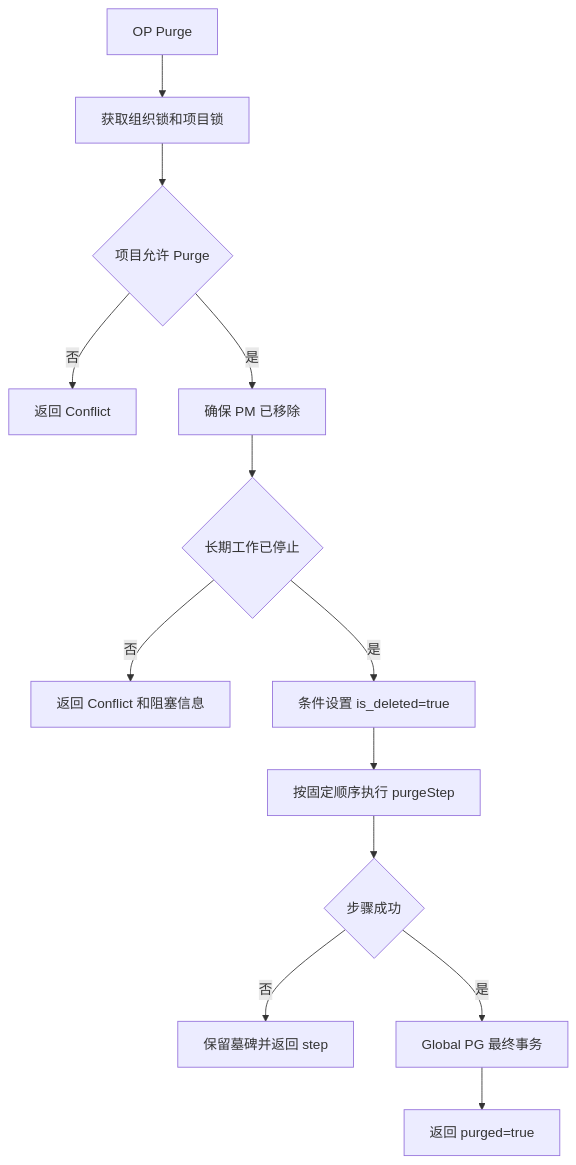
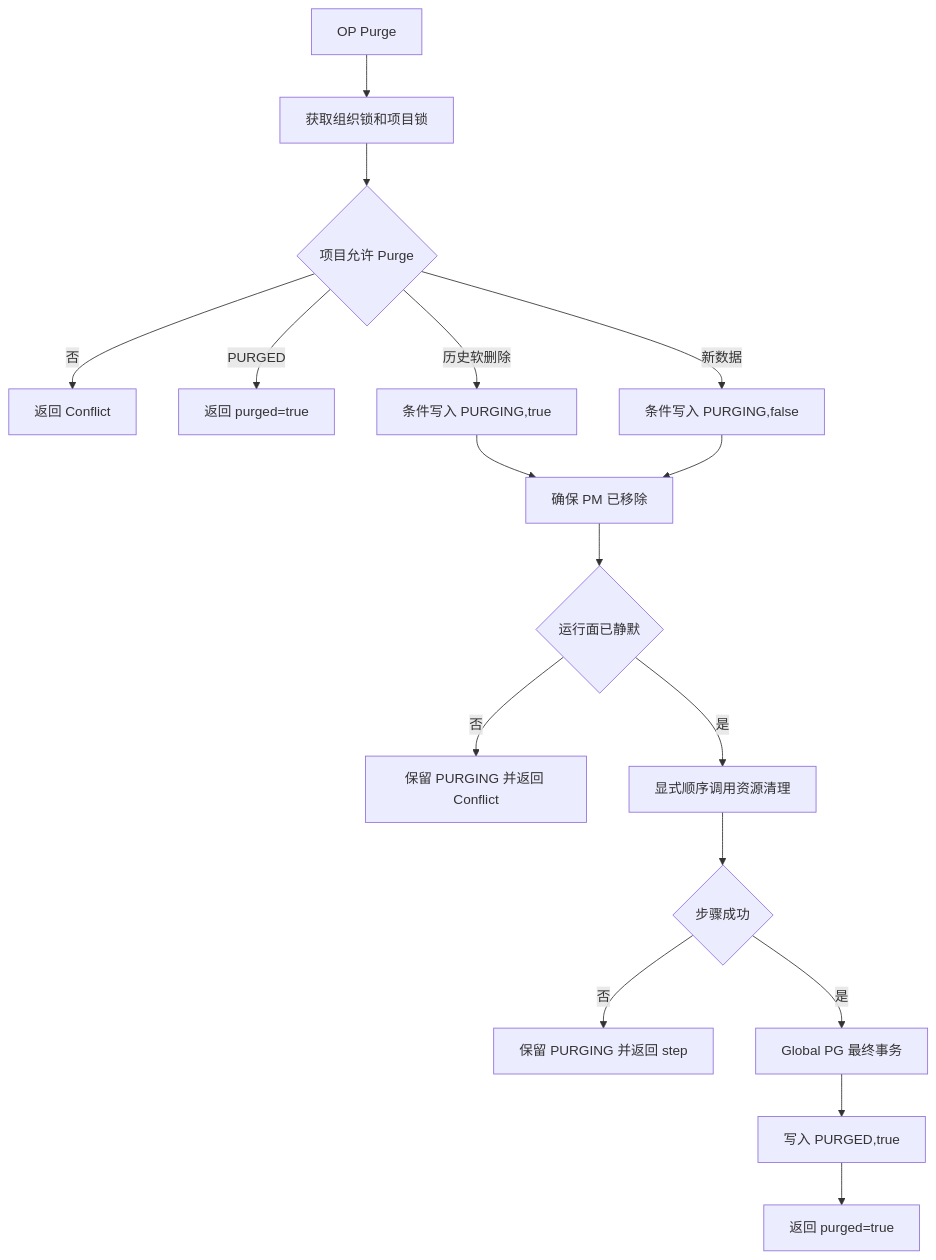
One commit to qinwenshiCH/workflow changed the fourth of 5 diagrams in specs/20260716-Wave-Refac-OrganizationProjectLifecycle/03-plan.md. Above: the diagram before and after it, drawn with Mermaid. The commit also changed other lines of this file and 5 other files, not shown here.

````diff
--- a/specs/20260716-Wave-Refac-OrganizationProjectLifecycle/03-plan.md
+++ b/specs/20260716-Wave-Refac-OrganizationProjectLifecycle/03-plan.md
@@ -159,15 +161,19 @@
 ```mermaid
 flowchart TD
     A["OP Purge"] --> B["获取组织锁和项目锁"]
     B --> C{"项目允许 Purge"}
     C -->|否| X["返回 Conflict"]
-    C -->|是| D["确保 PM 已移除"]
-    D --> E{"长期工作已停止"}
-    E -->|否| Y["返回 Conflict 和阻塞信息"]
-    E -->|是| F["条件设置 is_deleted=true"]
-    F --> G["按固定顺序执行 purgeStep"]
-    G --> H{"步骤成功"}
-    H -->|否| I["保留墓碑并返回 step"]
+    C -->|PURGED| Z["返回 purged=true"]
+    C -->|新数据| D["条件写入 PURGING,false"]
+    C -->|历史软删除| DL["条件写入 PURGING,true"]
+    DL --> E
+    D --> E["确保 PM 已移除"]
+    E --> Q{"运行面已静默"}
+    Q -->|否| Y["保留 PURGING 并返回 Conflict"]
+    Q -->|是| F["显式顺序调用资源清理"]
+    F --> H{"步骤成功"}
+    H -->|否| I["保留 PURGING 并返回 step"]
     H -->|是| J["Global PG 最终事务"]
-    J --> K["返回 purged=true"]
+    J --> K["写入 PURGED,true"]
+    K --> R["返回 purged=true"]
 ```
````
